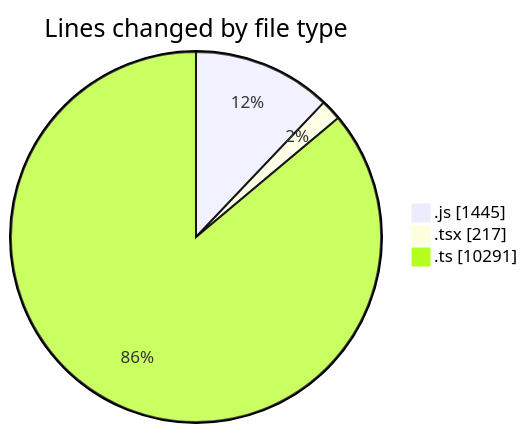
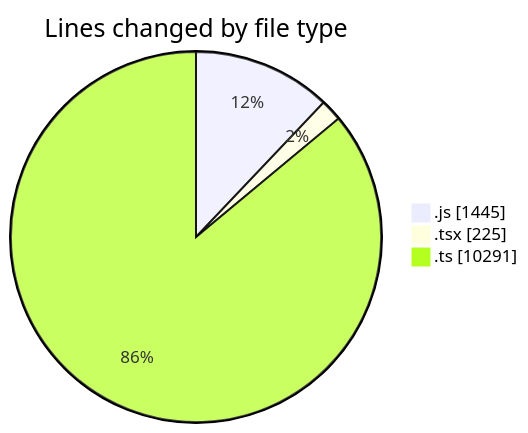
One commit to momahboobian/code-tracking changed the first of 2 diagrams in 2025-03-13/cda/README.md. Above: the diagram before and after it, drawn with Mermaid. The commit also changed other lines of this file and 1 other file, not shown here.

````diff
--- a/2025-03-13/cda/README.md
+++ b/2025-03-13/cda/README.md
@@ -32,7 +32,7 @@
 ```mermaid
 pie showData
 title Lines changed by file type
 ".js" : 1445
-".tsx" : 217
+".tsx" : 225
 ".ts" : 10291
 ```
````
